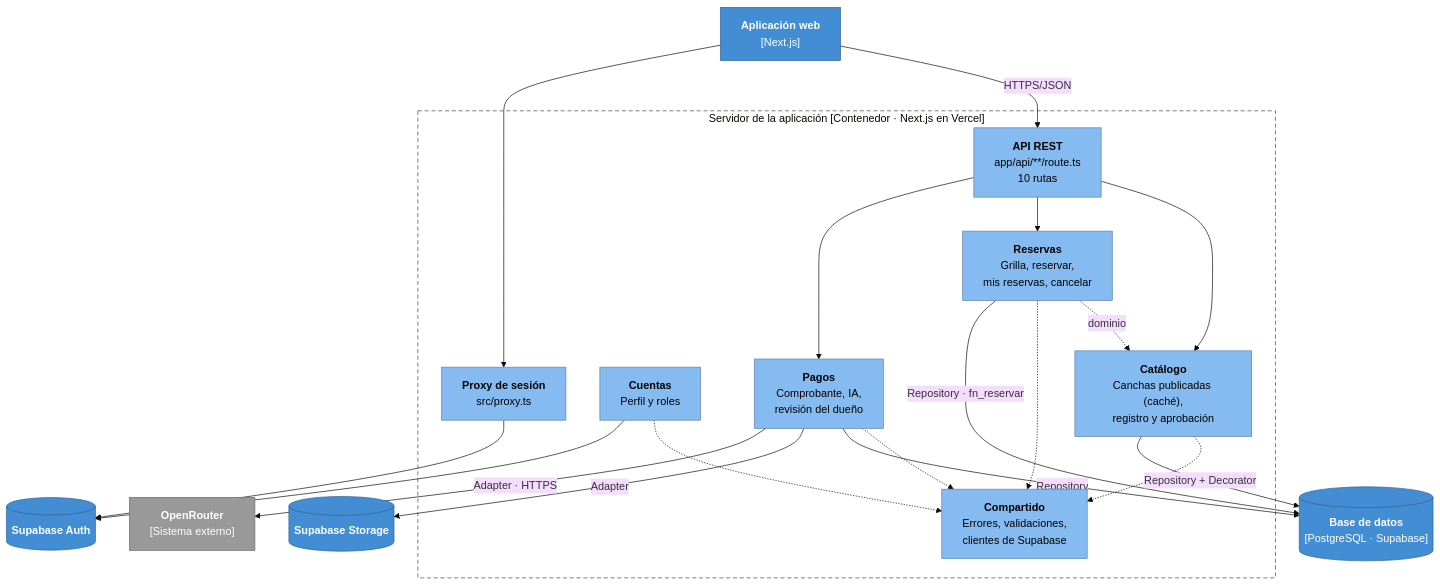
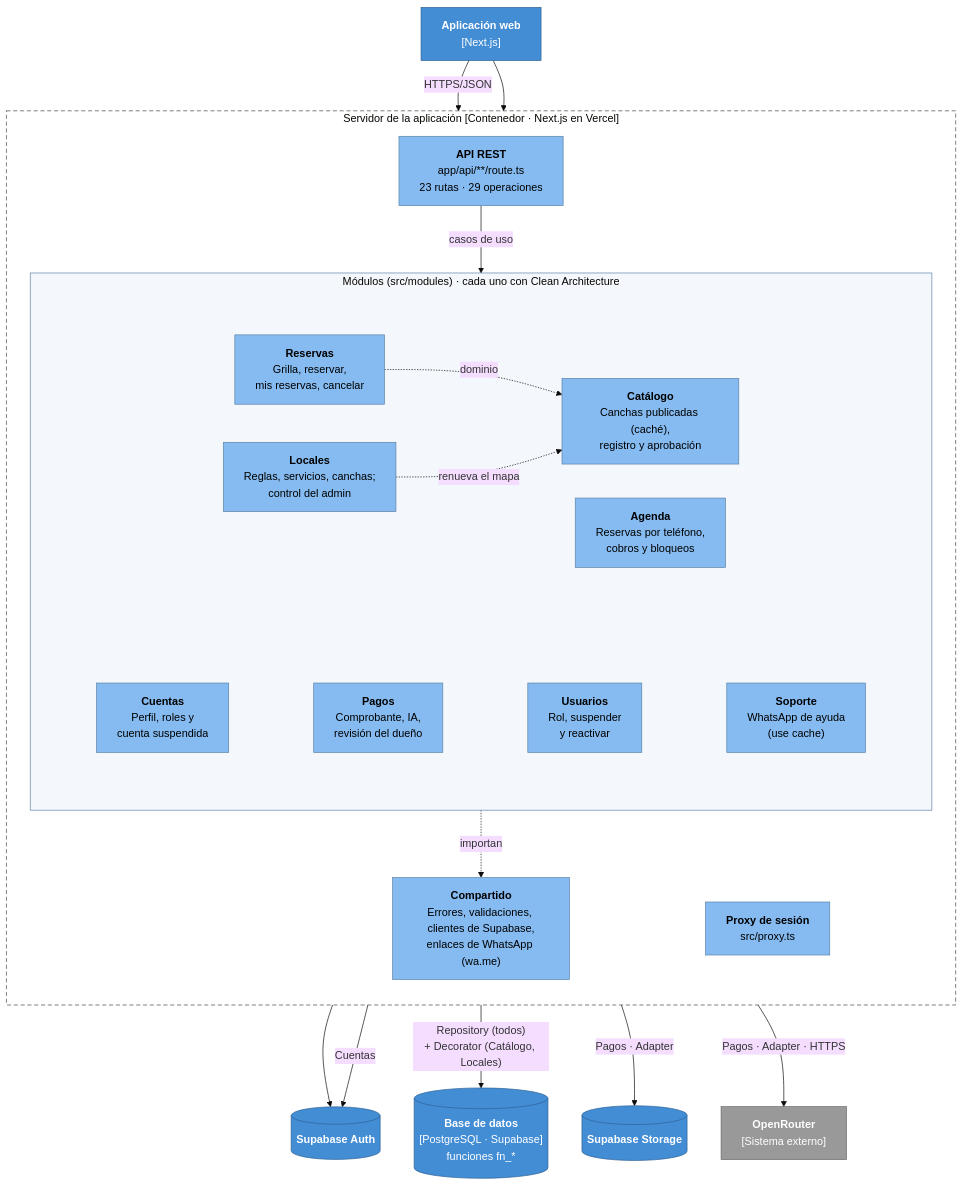
One commit to edhtsprado27-bit/ReservaYa-Ayacucho changed the diagram in img/fuentes-svg/nivel3-componentes.mmd. Above: the diagram before and after it, drawn with Mermaid (base theme). The commit also changed 24 other files, not shown here.

Commit message:
docs: actualizar análisis, arquitectura y C4 con WhatsApp, servicios y usuarios

```diff
--- a/img/fuentes-svg/nivel3-componentes.mmd
+++ b/img/fuentes-svg/nivel3-componentes.mmd
@@ -1,39 +1,56 @@
 flowchart TB
     web["<b>Aplicación web</b><br/>[Next.js]"]
 
     subgraph srv["Servidor de la aplicación [Contenedor · Next.js en Vercel]"]
-        rest["<b>API REST</b><br/>app/api/**/route.ts<br/>10 rutas"]
+        direction TB
+        rest["<b>API REST</b><br/>app/api/**/route.ts<br/>23 rutas · 29 operaciones"]
         proxy["<b>Proxy de sesión</b><br/>src/proxy.ts"]
-        cuentas["<b>Cuentas</b><br/>Perfil y roles"]
-        catalogo["<b>Catálogo</b><br/>Canchas publicadas (caché),<br/>registro y aprobación"]
-        reservas["<b>Reservas</b><br/>Grilla, reservar,<br/>mis reservas, cancelar"]
-        pagos["<b>Pagos</b><br/>Comprobante, IA,<br/>revisión del dueño"]
-        comp["<b>Compartido</b><br/>Errores, validaciones,<br/>clientes de Supabase"]
+        subgraph mods["Módulos (src/modules) · cada uno con Clean Architecture"]
+            direction TB
+            subgraph fila1[" "]
+                direction LR
+                reservas["<b>Reservas</b><br/>Grilla, reservar,<br/>mis reservas, cancelar"]
+                locales["<b>Locales</b><br/>Reglas, servicios, canchas;<br/>control del admin"]
+                catalogo["<b>Catálogo</b><br/>Canchas publicadas (caché),<br/>registro y aprobación"]
+                agenda["<b>Agenda</b><br/>Reservas por teléfono,<br/>cobros y bloqueos"]
+                reservas -. "dominio" .-> catalogo
+                locales -. "renueva el mapa" .-> catalogo
+            end
+            subgraph fila2[" "]
+                direction LR
+                cuentas["<b>Cuentas</b><br/>Perfil, roles y<br/>cuenta suspendida"]
+                pagos["<b>Pagos</b><br/>Comprobante, IA,<br/>revisión del dueño"]
+                usuarios["<b>Usuarios</b><br/>Rol, suspender<br/>y reactivar"]
+                soporte["<b>Soporte</b><br/>WhatsApp de ayuda<br/>(use cache)"]
+                cuentas ~~~ pagos ~~~ usuarios ~~~ soporte
+            end
+            fila1 ~~~ fila2
+        end
+        comp["<b>Compartido</b><br/>Errores, validaciones, clientes de Supabase,<br/>enlaces de WhatsApp (wa.me)"]
     end
 
-    bd[("<b>Base de datos</b><br/>[PostgreSQL · Supabase]")]
+    bd[("<b>Base de datos</b><br/>[PostgreSQL · Supabase]<br/>funciones fn_*")]
     auth[("<b>Supabase Auth</b>")]
     storage[("<b>Supabase Storage</b>")]
     openrouter["<b>OpenRouter</b><br/>[Sistema externo]"]
 
     web -- "HTTPS/JSON" --> rest
     web --> proxy
-    rest --> catalogo & reservas & pagos
+    rest -- "casos de uso" --> mods
+    mods -. "importan" .-> comp
+    mods -- "Repository (todos)<br/>+ Decorator (Catálogo, Locales)" --> bd
+    mods -- "Pagos · Adapter" --> storage
+    mods -- "Pagos · Adapter · HTTPS" --> openrouter
+    mods -- "Cuentas" --> auth
     proxy --> auth
-    reservas -. "dominio" .-> catalogo
-    catalogo & reservas & pagos & cuentas -.-> comp
-
-    catalogo -- "Repository + Decorator" --> bd
-    reservas -- "Repository · fn_reservar" --> bd
-    pagos -- "Repository" --> bd
-    pagos -- "Adapter" --> storage
-    pagos -- "Adapter · HTTPS" --> openrouter
-    cuentas --> auth
 
     classDef contenedor fill:#438dd5,stroke:#2e6295,color:#fff
     classDef componente fill:#85bbf0,stroke:#5d82a8,color:#000
     classDef externo fill:#999999,stroke:#6b6b6b,color:#fff
     class web,bd,auth,storage contenedor
-    class rest,proxy,cuentas,catalogo,reservas,pagos,comp componente
+    class rest,proxy,cuentas,catalogo,reservas,pagos,agenda,locales,usuarios,soporte,comp componente
     class openrouter externo
     style srv fill:none,stroke:#444,stroke-dasharray:6 4
+    style mods fill:#f4f8fc,stroke:#5d82a8
+    style fila1 fill:none,stroke:none
+    style fila2 fill:none,stroke:none
```
